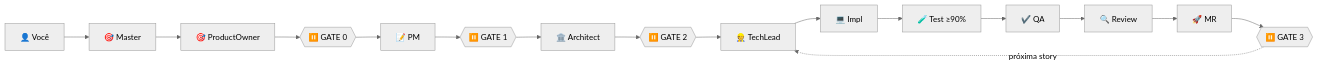
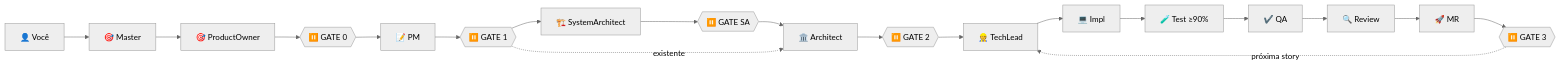
One commit to dgofreitas/opencode-workflow changed the diagram in README.md. Above: the diagram before and after it, drawn with Mermaid (neutral theme). The commit also changed other lines of this file and 14 other files, not shown here.

````diff
--- a/README.md
+++ b/README.md
@@ -135,18 +137,21 @@
 ```mermaid
 graph LR
     User["👤 Você"] --> Master["🎯 Master"]
     Master --> PO["🎯 ProductOwner"]
     PO --> G0{{⏸️ GATE 0}}
     G0 --> PM[📝 PM]
     PM --> G1{{⏸️ GATE 1}}
-    G1 --> Arch[🏛️ Architect]
+    G1 --> SA[🏗️ SystemArchitect]
+    SA --> GSA{{⏸️ GATE SA}}
+    GSA --> Arch[🏛️ Architect]
+    G1 -.->|existente| Arch
     Arch --> G2{{⏸️ GATE 2}}
     G2 --> TL["👷 TechLead"]
     TL --> Impl[💻 Impl]
     Impl --> Test[🧪 Test ≥90%]
     Test --> QA[✔️ QA]
     QA --> Review[🔍 Review]
     Review --> MR[🚀 MR]
     MR --> G3{{⏸️ GATE 3}}
     G3 -.->|próxima story| TL
 ```
````
